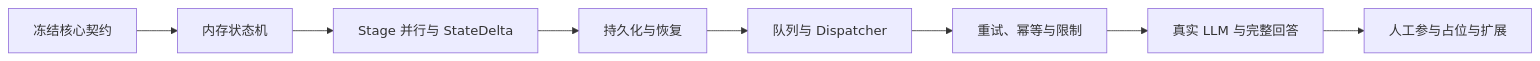
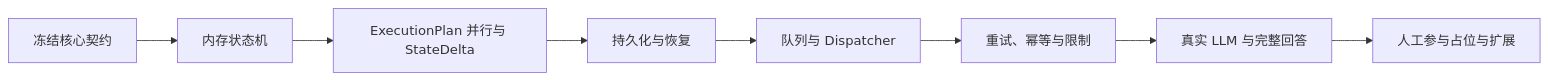
Before and after one commit to F-86/llm-driven-runtime: the diagram in docs/architecture/implementation-plan.md, drawn with Mermaid. The commit also changed other lines of this file and 38 other files, not shown here.

````diff
--- a/docs/architecture/implementation-plan.md
+++ b/docs/architecture/implementation-plan.md
@@ -24,10 +27,10 @@
 ```mermaid
 flowchart LR
     M0[冻结核心契约] --> M1[内存状态机]
-    M1 --> M2[Stage 并行与 StateDelta]
+    M1 --> M2[ExecutionPlan 并行与 StateDelta]
     M2 --> M3[持久化与恢复]
     M3 --> M4[队列与 Dispatcher]
     M4 --> M5[重试、幂等与限制]
     M5 --> M6[真实 LLM 与完整回答]
     M6 --> M7[人工参与占位与扩展]
 ```
````
